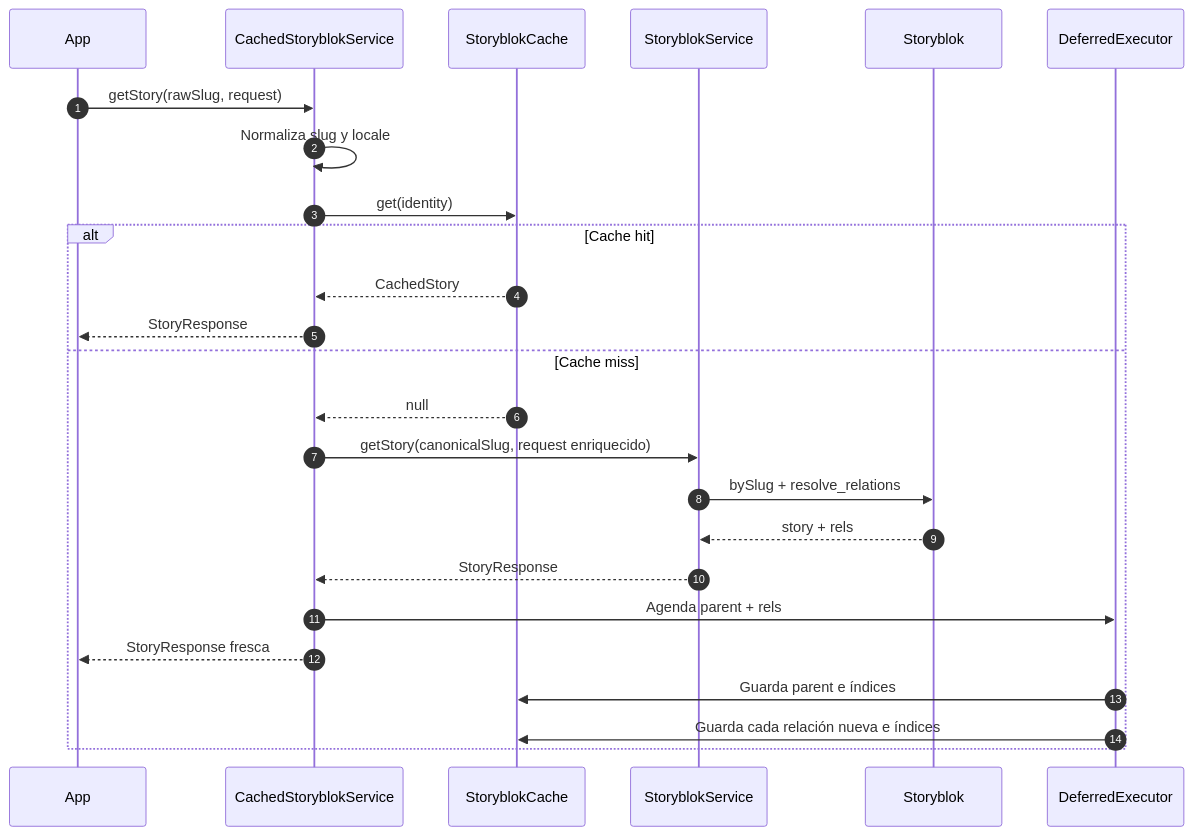
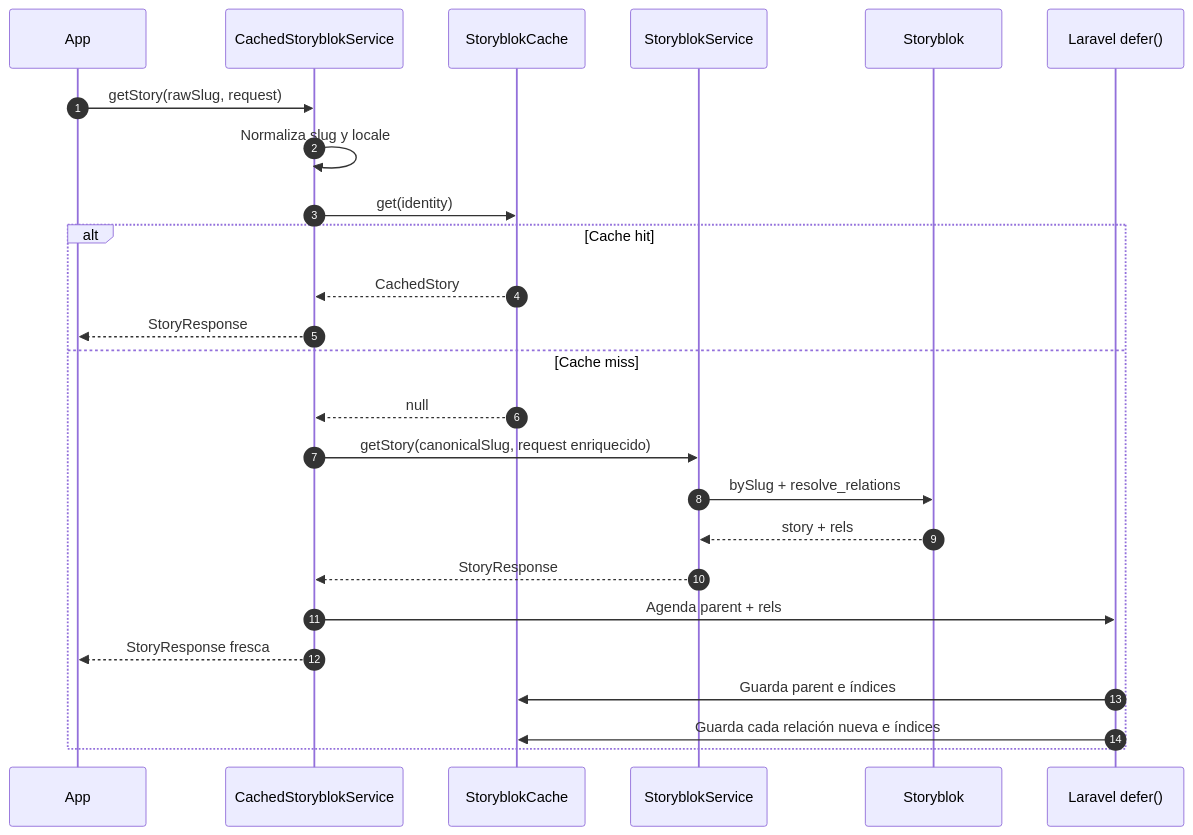
Before and after one commit to tafer-mx/laravel-platform: the second of 5 diagrams in docs/storyblok-cache.md, drawn with Mermaid. The commit also changed other lines of this file and 13 other files, not shown here.

````diff
--- a/docs/storyblok-cache.md
+++ b/docs/storyblok-cache.md
@@ -233,29 +229,29 @@
 ```mermaid
 sequenceDiagram
     autonumber
     participant App
     participant Cached as CachedStoryblokService
     participant Repo as StoryblokCache
     participant API as StoryblokService
     participant SB as Storyblok
-    participant Defer as DeferredExecutor
+    participant Defer as Laravel defer()
 
     App->>Cached: getStory(rawSlug, request)
     Cached->>Cached: Normaliza slug y locale
     Cached->>Repo: get(identity)
 
     alt Cache hit
         Repo-->>Cached: CachedStory
         Cached-->>App: StoryResponse
     else Cache miss
         Repo-->>Cached: null
         Cached->>API: getStory(canonicalSlug, request enriquecido)
         API->>SB: bySlug + resolve_relations
         SB-->>API: story + rels
         API-->>Cached: StoryResponse
         Cached->>Defer: Agenda parent + rels
         Cached-->>App: StoryResponse fresca
         Defer->>Repo: Guarda parent e índices
         Defer->>Repo: Guarda cada relación nueva e índices
     end
 ```
````
